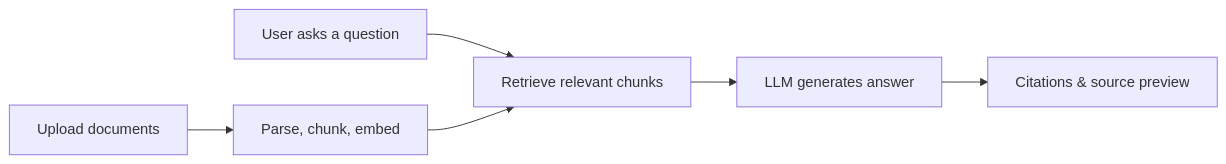
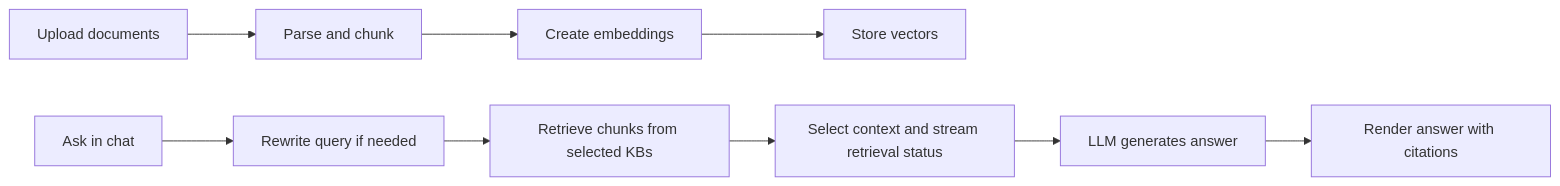
One commit to turing-pixel/turing-rag changed the first of 2 diagrams in README.md. Above: the diagram before and after it, drawn with Mermaid. The commit also changed other lines of this file and 1 other file, not shown here.

````diff
--- a/README.md
+++ b/README.md
@@ -51,8 +40,11 @@
 ```mermaid
 flowchart LR
-  A[Upload documents] --> B[Parse, chunk, embed]
-  C[User asks a question] --> D[Retrieve relevant chunks]
-  B --> D
-  D --> E[LLM generates answer]
-  E --> F[Citations & source preview]
+  A["Upload documents"] --> B["Parse and chunk"]
+  B --> C["Create embeddings"]
+  C --> D["Store vectors"]
+  E["Ask in chat"] --> F["Rewrite query if needed"]
+  F --> G["Retrieve chunks from selected KBs"]
+  G --> H["Select context and stream retrieval status"]
+  H --> I["LLM generates answer"]
+  I --> J["Render answer with citations"]
 ```
````
